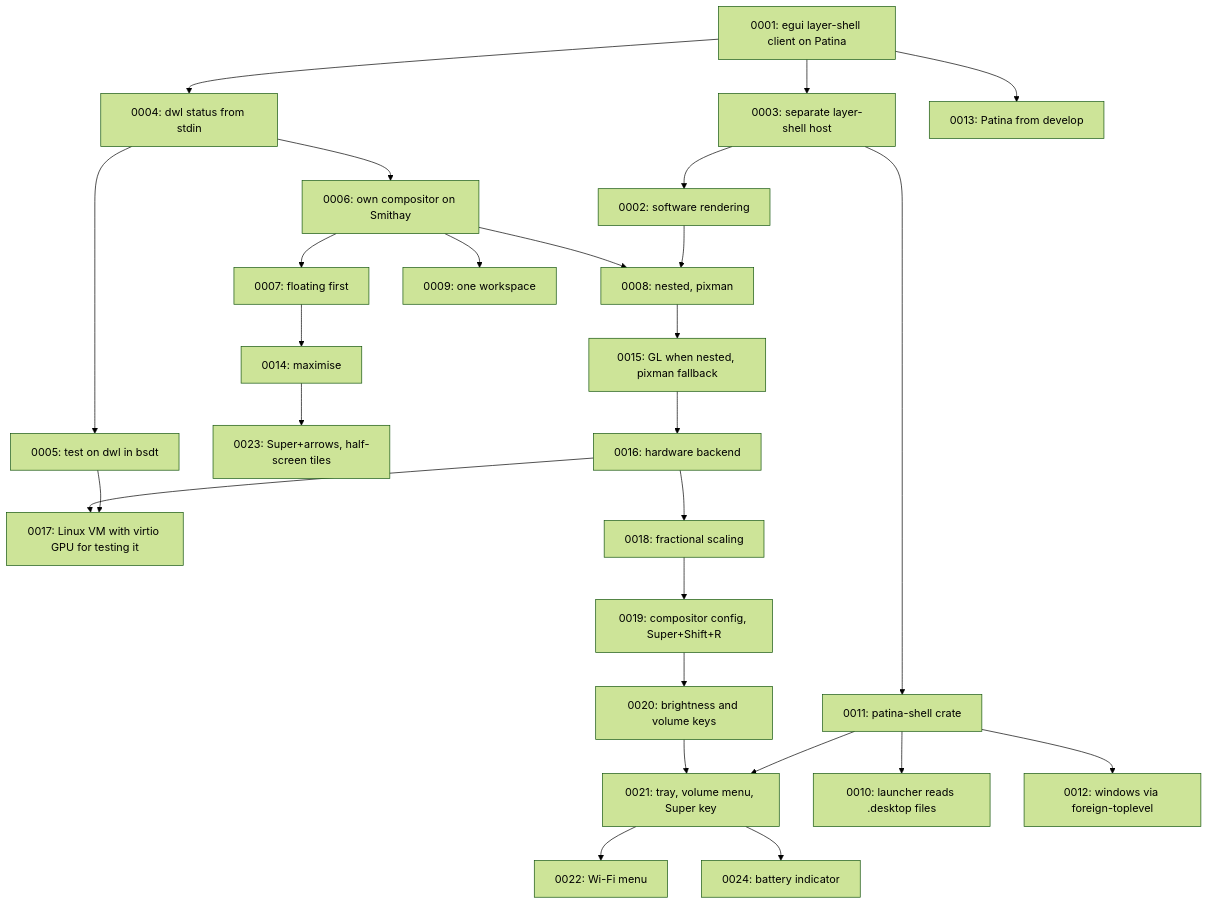
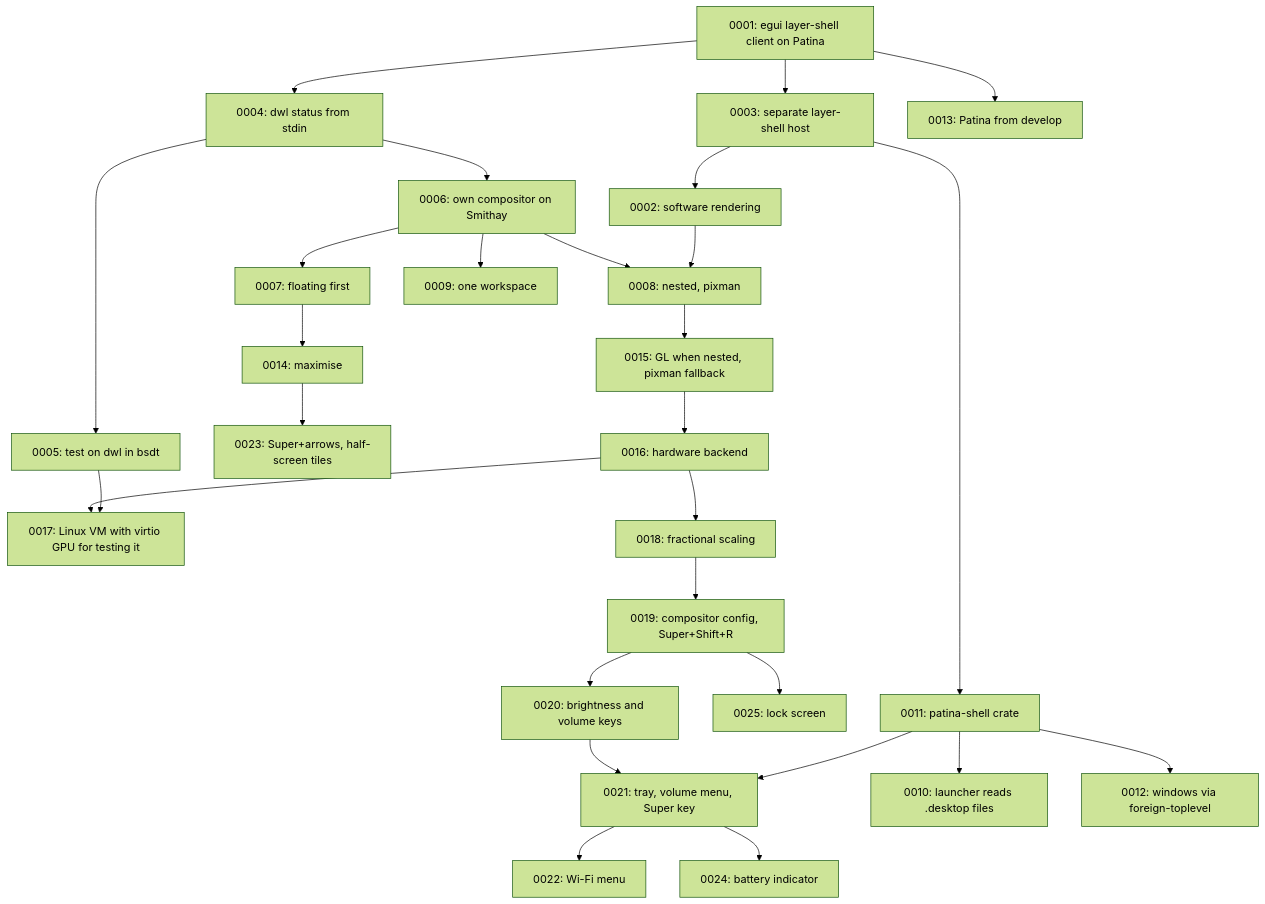
One commit to Sector-F-Labs/patina-desktop changed the diagram in docs/adr/README.md. Above: the diagram before and after it, drawn with Mermaid (forest theme). The commit also changed other lines of this file and 12 other files, not shown here.

First line of the commit message:
A lock screen: ext-session-lock, swaylock by default, and lock before sleep

````diff
--- a/docs/adr/README.md
+++ b/docs/adr/README.md
@@ -72,29 +73,30 @@
 ```mermaid
 flowchart TD
     A[0001: egui layer-shell client on Patina] --> B[0003: separate layer-shell host]
     B --> C[0002: software rendering]
     A --> D[0004: dwl status from stdin]
     D --> E[0005: test on dwl in bsdt]
     D --> F[0006: own compositor on Smithay]
     F --> G[0007: floating first]
     G --> N[0014: maximise]
     N --> W[0023: Super+arrows, half-screen tiles]
     F --> H[0008: nested, pixman]
     H --> O[0015: GL when nested, pixman fallback]
     O --> P[0016: hardware backend]
     P --> Q[0017: Linux VM with virtio GPU for testing it]
     P --> R[0018: fractional scaling]
     R --> S[0019: compositor config, Super+Shift+R]
     S --> T[0020: brightness and volume keys]
+    S --> Y[0025: lock screen]
     T --> U[0021: tray, volume menu, Super key]
     U --> V[0022: Wi-Fi menu]
     U --> X[0024: battery indicator]
     K --> U
     E --> Q
     C --> H
     F --> I[0009: one workspace]
     B --> K[0011: patina-shell crate]
     K --> J[0010: launcher reads .desktop files]
     K --> L[0012: windows via foreign-toplevel]
     A --> M[0013: Patina from develop]
 ```
````
